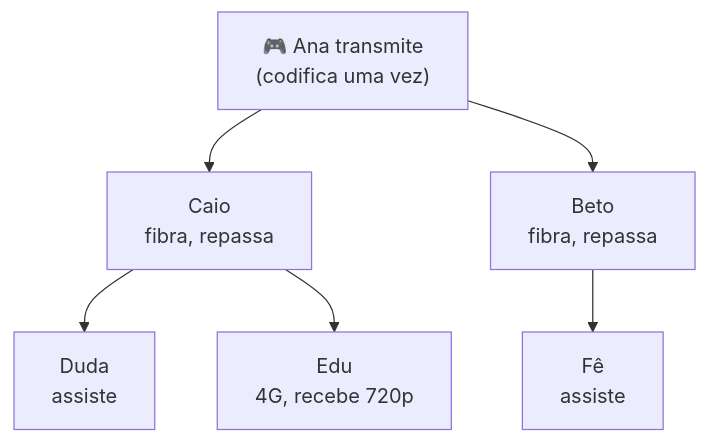
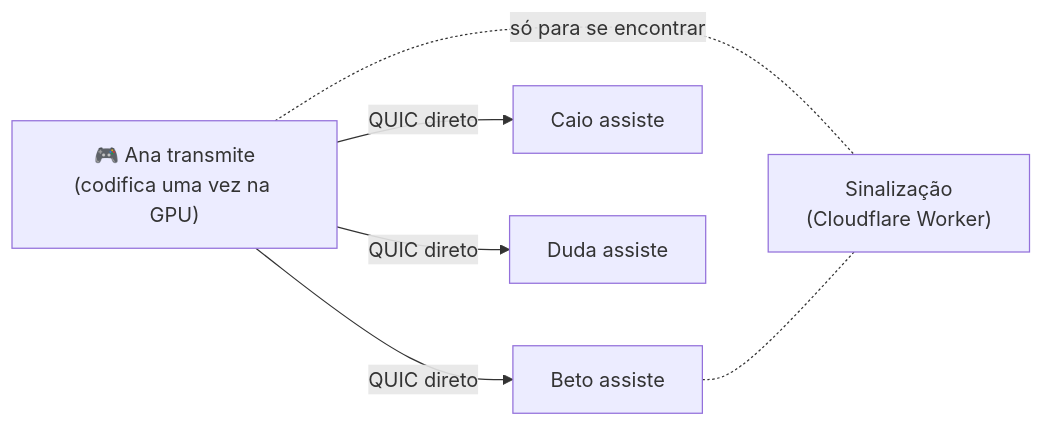
The diagram in README.md (Kaique292/squadview), drawn with Mermaid before and after one commit. The commit also changed other lines of this file and 5 other files, not shown here.

Commit message:
docs: atualiza README e roadmap para a 0.1.0, com telas reais

````diff
--- a/README.md
+++ b/README.md
@@ -62,8 +74,8 @@
 ```mermaid
-flowchart TB
-  S["🎮 Ana transmite<br/>(codifica uma vez)"] --> C["Caio<br/>fibra, repassa"]
-  S --> B["Beto<br/>fibra, repassa"]
-  C --> D["Duda<br/>assiste"]
-  C --> E["Edu<br/>4G, recebe 720p"]
-  B --> F["Fê<br/>assiste"]
+flowchart LR
+  S["🎮 Ana transmite<br/>(codifica uma vez na GPU)"] -- QUIC direto --> B["Beto assiste"]
+  S -- QUIC direto --> C["Caio assiste"]
+  S -- QUIC direto --> D["Duda assiste"]
+  S -. "só para se encontrar" .- W["Sinalização<br/>(Cloudflare Worker)"]
+  B -.- W
 ```
````
